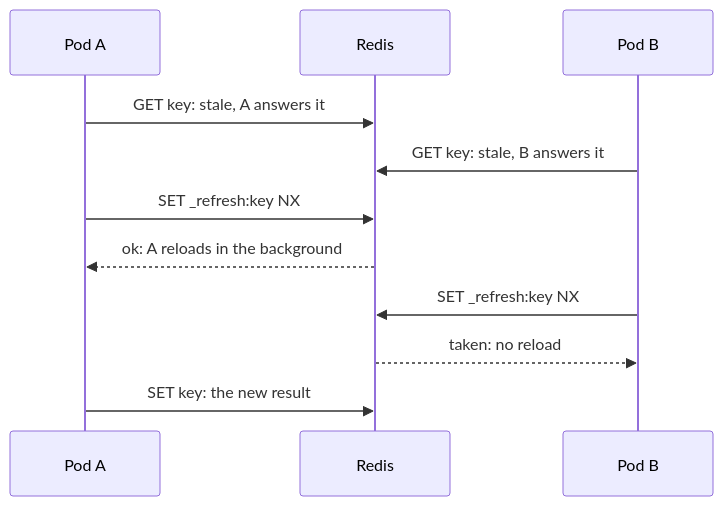
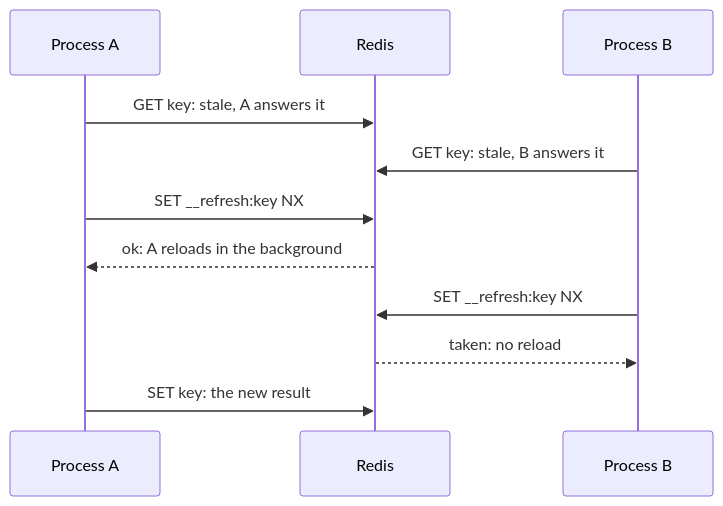
One commit to eugeneliukindev/gashe changed the first of 2 diagrams in docs/en/concepts/stale.md. Above: the diagram before and after it, drawn with Mermaid. The commit also changed other lines of this file and 119 other files, not shown here.

````diff
--- a/docs/en/concepts/stale.md
+++ b/docs/en/concepts/stale.md
@@ -14,13 +16,13 @@
 ```mermaid
 sequenceDiagram
-    participant A as Pod A
+    participant A as Process A
     participant R as Redis
-    participant B as Pod B
+    participant B as Process B
     A->>R: GET key: stale, A answers it
     B->>R: GET key: stale, B answers it
-    A->>R: SET _refresh:key NX
+    A->>R: SET __refresh:key NX
     R-->>A: ok: A reloads in the background
-    B->>R: SET _refresh:key NX
+    B->>R: SET __refresh:key NX
     R-->>B: taken: no reload
     A->>R: SET key: the new result
 ```
````
